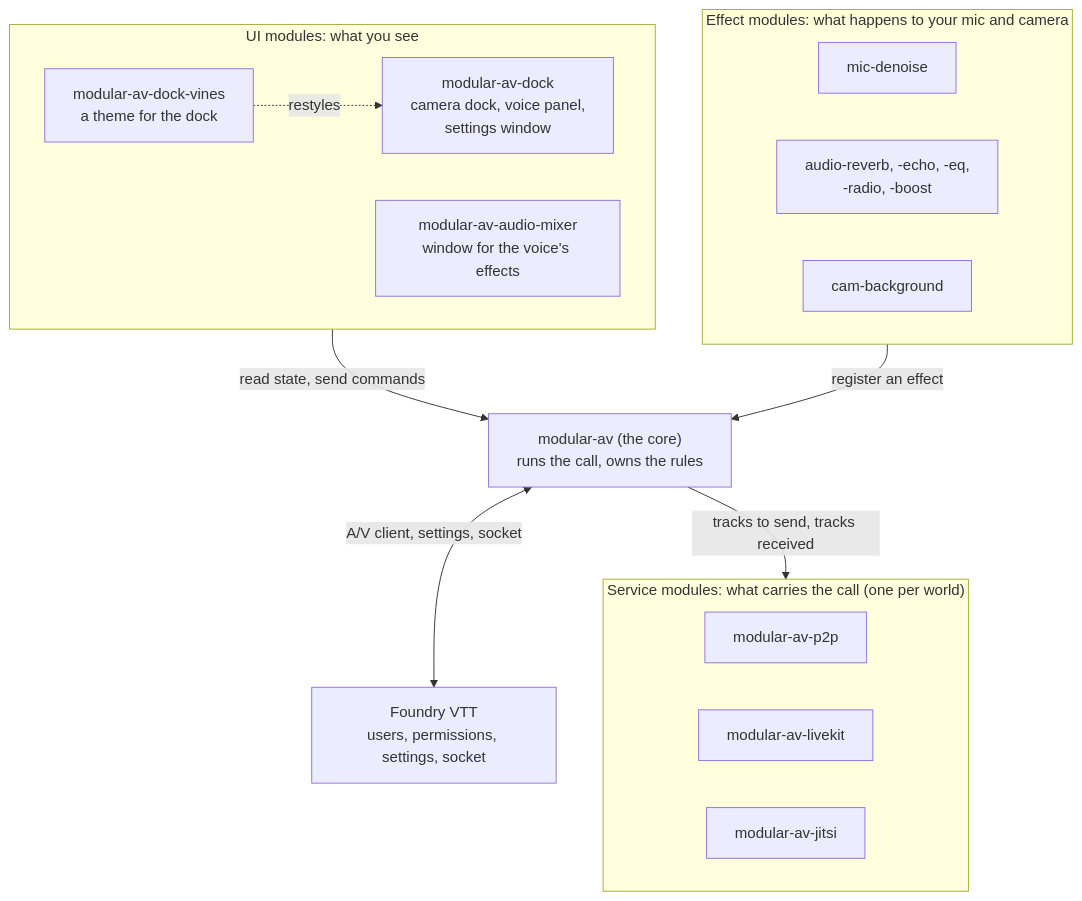
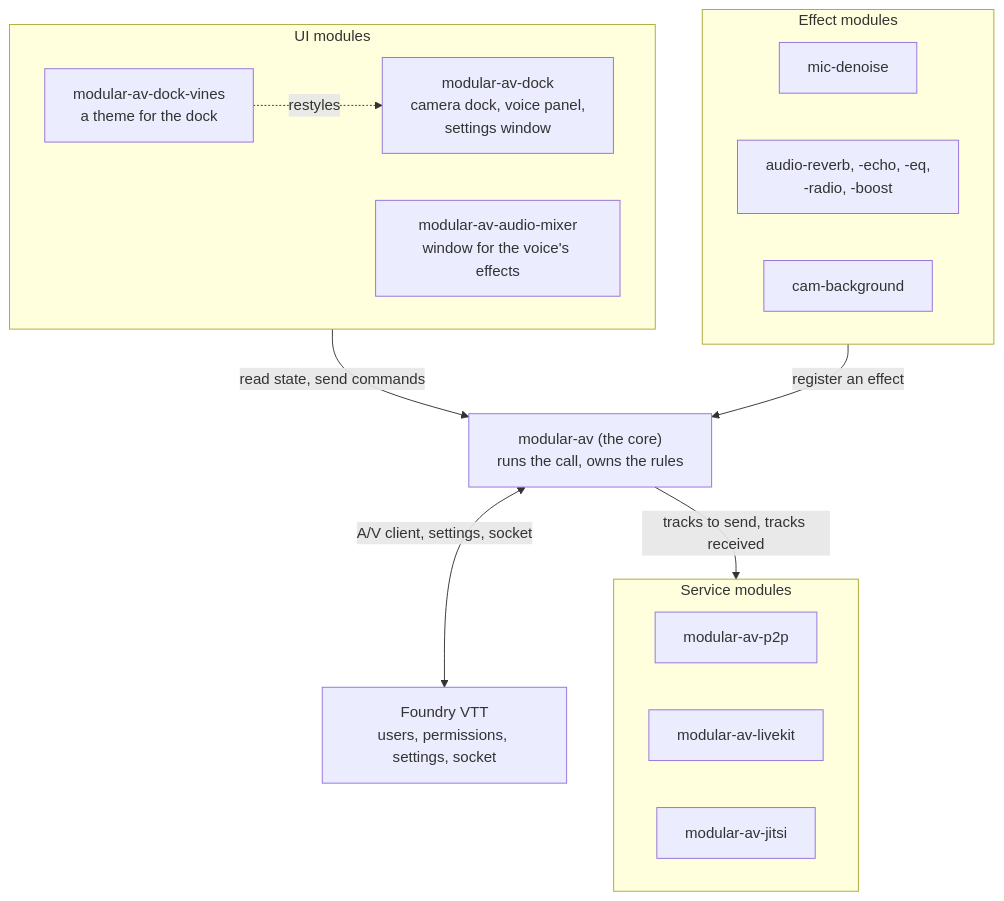
The first of 5 diagrams in docs/ARCHITECTURE.md (Affid/modular-av), drawn with Mermaid before and after one commit. The commit also changed other lines of this file, not shown here.

Commit message:
docs: architecture diagrams that fit their labels

````diff
--- a/docs/ARCHITECTURE.md
+++ b/docs/ARCHITECTURE.md
@@ -11,30 +11,30 @@
 ```mermaid
 flowchart TB
-  subgraph ui["UI modules: what you see"]
+  subgraph ui["UI modules"]
     dock["modular-av-dock<br/>camera dock, voice panel,<br/>settings window"]
     mixer["modular-av-audio-mixer<br/>window for the voice's effects"]
     theme["modular-av-dock-vines<br/>a theme for the dock"]
   end
 
-  subgraph effects["Effect modules: what happens to your mic and camera"]
+  subgraph effects["Effect modules"]
     denoise["mic-denoise"]
     voice["audio-reverb, -echo, -eq,<br/>-radio, -boost"]
     cambg["cam-background"]
   end
 
   core["modular-av (the core)<br/>runs the call, owns the rules"]
 
-  subgraph services["Service modules: what carries the call (one per world)"]
+  subgraph services["Service modules"]
     p2p["modular-av-p2p"]
     livekit["modular-av-livekit"]
     jitsi["modular-av-jitsi"]
   end
 
   foundry["Foundry VTT<br/>users, permissions, settings, socket"]
 
   ui -- "read state, send commands" --> core
   effects -- "register an effect" --> core
   core -- "tracks to send, tracks received" --> services
   core <-- "A/V client, settings, socket" --> foundry
   theme -. "restyles" .-> dock
 ```
````
